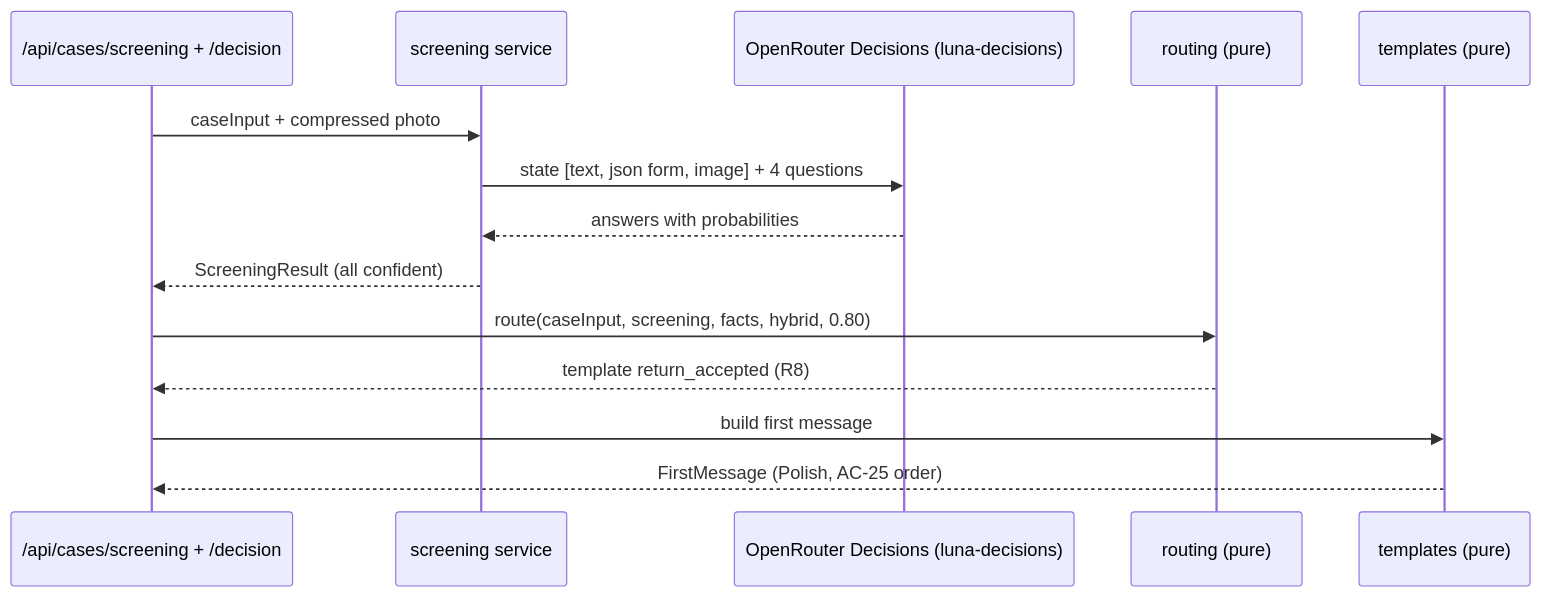
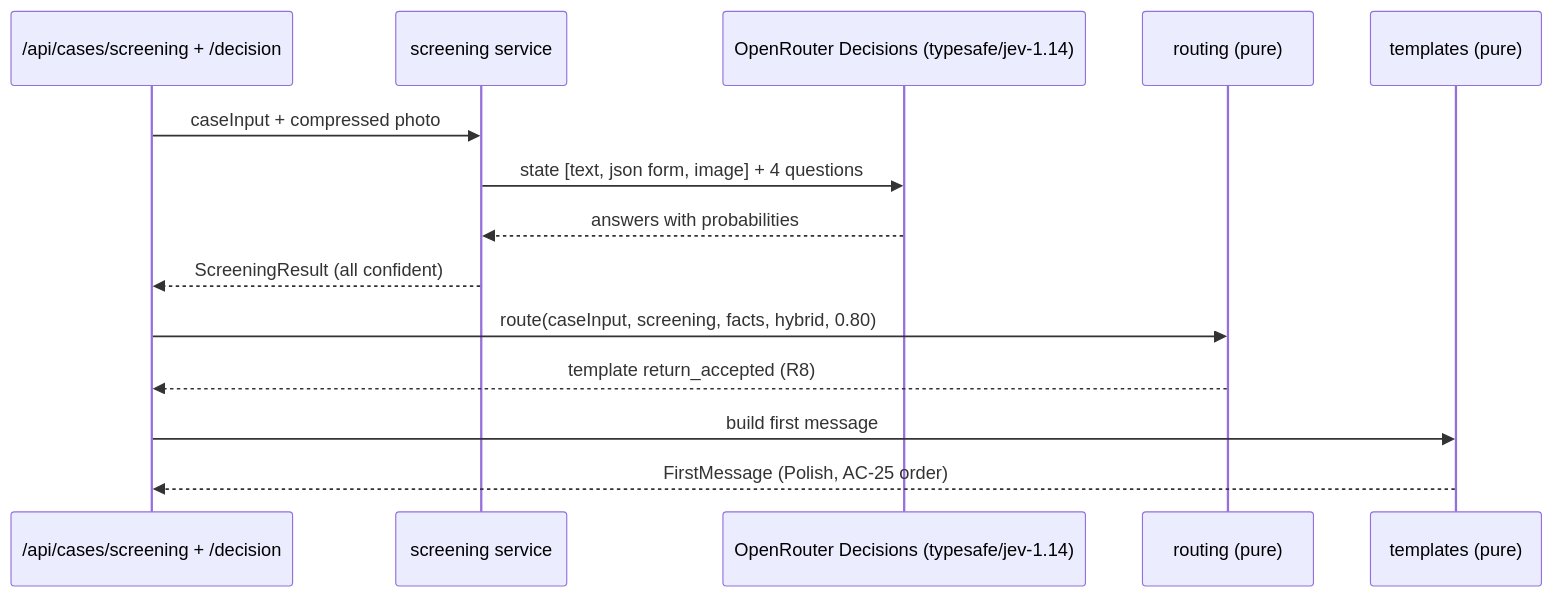
Before and after one commit to msl-sli/jsystems-ai-programming-2026-11: the third of 5 diagrams in docs/ADR/003-ai-decision-engine.md, drawn with Mermaid. The commit also changed other lines of this file and 6 other files, not shown here.

````diff
--- a/docs/ADR/003-ai-decision-engine.md
+++ b/docs/ADR/003-ai-decision-engine.md
@@ -346,16 +350,16 @@
 ```mermaid
 sequenceDiagram
   participant API as /api/cases/screening + /decision
   participant SCR as screening service
-  participant D as OpenRouter Decisions (luna-decisions)
+  participant D as OpenRouter Decisions (typesafe/jev-1.14)
   participant RT as routing (pure)
   participant TP as templates (pure)
   API->>SCR: caseInput + compressed photo
   SCR->>D: state [text, json form, image] + 4 questions
   D-->>SCR: answers with probabilities
   SCR-->>API: ScreeningResult (all confident)
   API->>RT: route(caseInput, screening, facts, hybrid, 0.80)
   RT-->>API: template return_accepted (R8)
   API->>TP: build first message
   TP-->>API: FirstMessage (Polish, AC-25 order)
 ```
````
